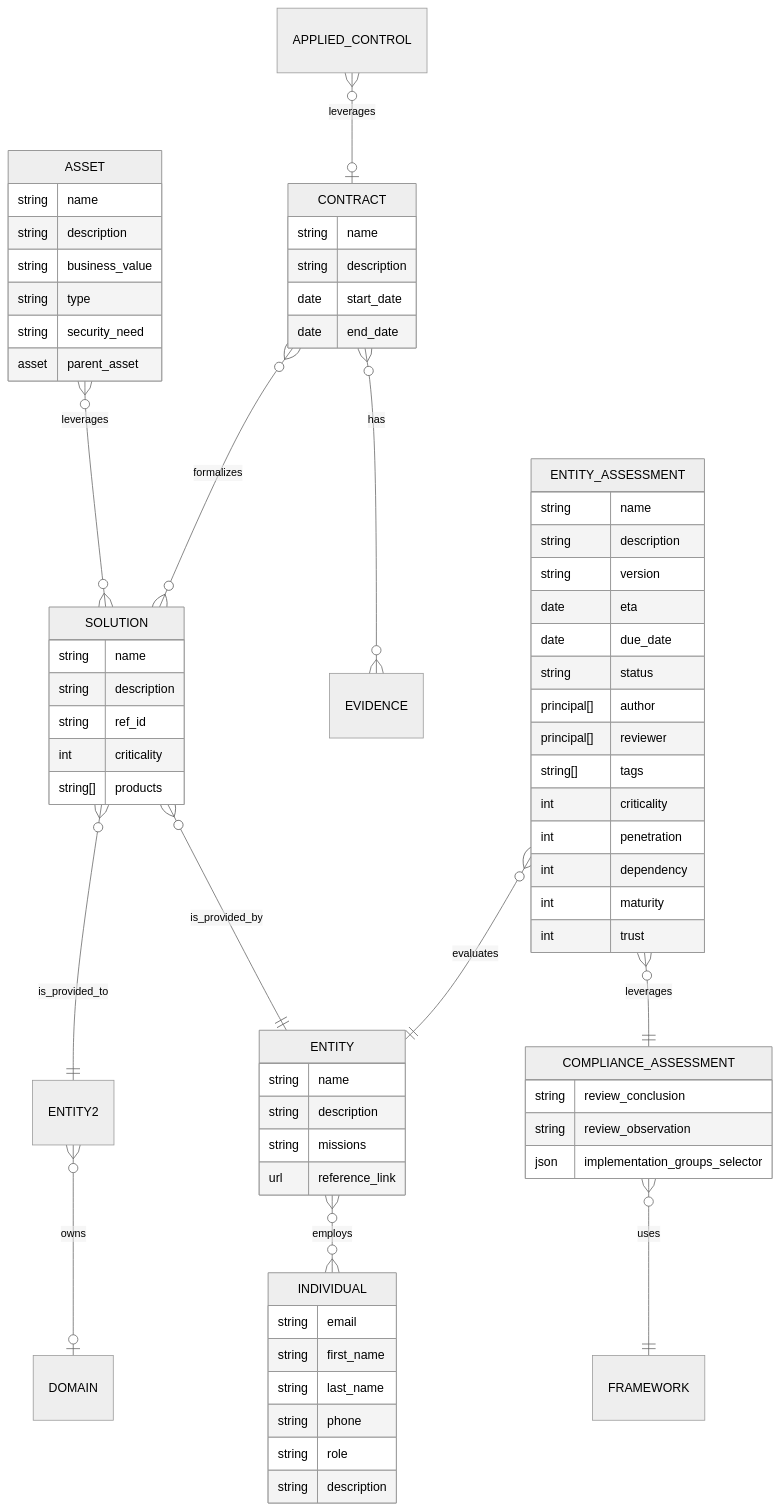
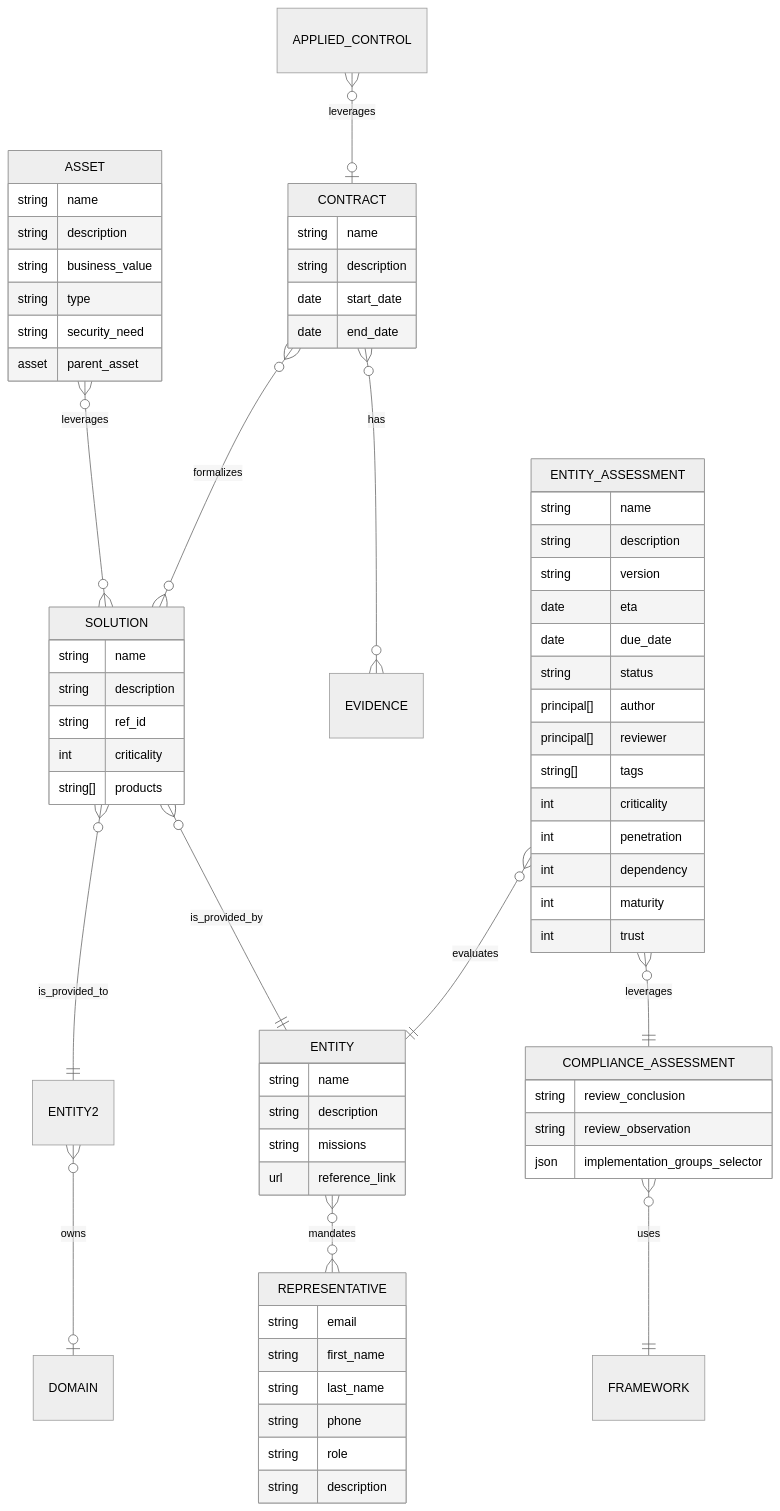
Before and after one commit to intuitem/ciso-assistant-community: the eighth of 10 diagrams in documentation/architecture/data-model.md, drawn with Mermaid (neutral theme). The commit also changed other lines of this file, not shown here.

````diff
--- a/documentation/architecture/data-model.md
+++ b/documentation/architecture/data-model.md
@@ -1130,81 +1129,81 @@
 ```mermaid
 erDiagram
 
     ASSET                 }o--o{ SOLUTION              : leverages
     ENTITY2               }o--o| DOMAIN                : owns
     SOLUTION              }o--|| ENTITY2               : is_provided_to
     SOLUTION              }o--|| ENTITY                : is_provided_by
     CONTRACT              }o--o{ SOLUTION              : formalizes
     CONTRACT              }o--o{ EVIDENCE              : has
     APPLIED_CONTROL       }o--o| CONTRACT              : leverages
     ENTITY_ASSESSMENT     }o--|| ENTITY                : evaluates
-    ENTITY                }o--o{ INDIVIDUAL            : employs
+    ENTITY                }o--o{ REPRESENTATIVE        : mandates
     ENTITY_ASSESSMENT     }o--|| COMPLIANCE_ASSESSMENT : leverages
     COMPLIANCE_ASSESSMENT }o--|| FRAMEWORK             : uses
 
     ENTITY {
         string  name
         string  description
         string  missions  
         url     reference_link
     }
 
     ASSET {
         string      name
         string      description
         string      business_value
         string      type
         string      security_need
         asset       parent_asset
     }
 
     SOLUTION {
         string      name
         string      description
         string      ref_id
         int         criticality
         string[]    products
     }
 
 
     CONTRACT {
         string name
         string description
         date   start_date
         date   end_date
     }
 
     ENTITY_ASSESSMENT {
         string      name
         string      description
         string      version
         date        eta
         date        due_date
         string      status
         principal[] author
         principal[] reviewer
         string[]    tags
 
         int         criticality
         int         penetration
         int         dependency
         int         maturity
         int         trust
     }
 
-    INDIVIDUAL {
+    REPRESENTATIVE {
         string      email
         string      first_name
         string      last_name
         string      phone
         string      role
         string      description
     }
 
     COMPLIANCE_ASSESSMENT {
         string      review_conclusion
         string      review_observation
         json        implementation_groups_selector
     }
 
 ```
````
